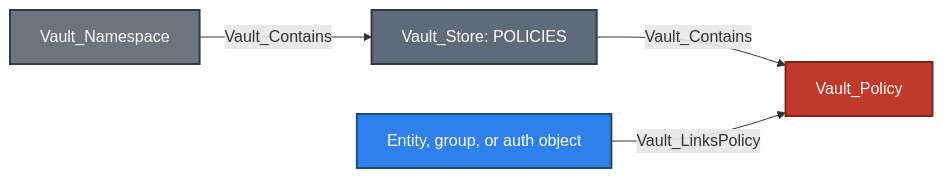
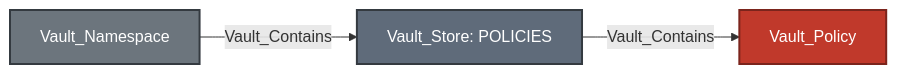
Before and after one commit to bytewreck/opengraph-vault: the first of 6 diagrams in Documentation/stores/POLICIES.md, drawn with Mermaid. The commit also changed other lines of this file and 7 other files, not shown here.

````diff
--- a/Documentation/stores/POLICIES.md
+++ b/Documentation/stores/POLICIES.md
@@ -24,11 +24,9 @@
 ```mermaid
 flowchart LR
     namespace[Vault_Namespace]:::namespaceNode -->|Vault_Contains| store[Vault_Store: POLICIES]:::storeNode
     store -->|Vault_Contains| policy[Vault_Policy]:::policyNode
-    identity[Entity, group, or auth object]:::identityNode -->|Vault_LinksPolicy| policy
 
     classDef namespaceNode fill:#6C757D,color:#fff,stroke:#343A40,stroke-width:2px
     classDef storeNode fill:#5F6B7A,color:#fff,stroke:#343A40,stroke-width:2px
     classDef policyNode fill:#C0392B,color:#fff,stroke:#7B241C,stroke-width:2px
-    classDef identityNode fill:#2F80ED,color:#fff,stroke:#1B4F72,stroke-width:2px
 ```
````
